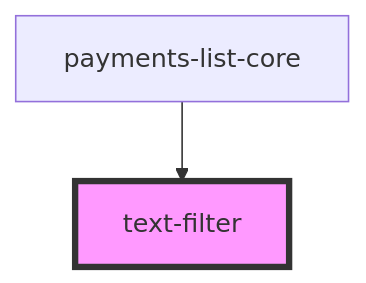
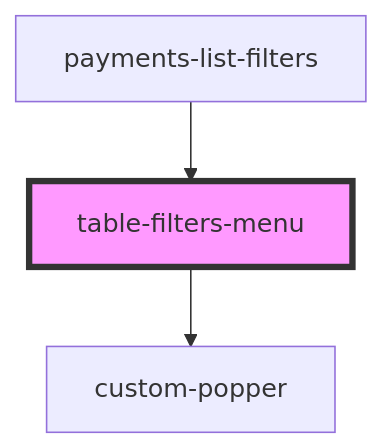
One commit to justifi-tech/web-component-library changed the diagram in packages/webcomponents/src/ui-components/filters/readme.md. Above: the diagram before and after it, drawn with Mermaid. The commit also changed other lines of this file and 13 other files, not shown here.

Commit message:
Delete filter input components, replace with form-control-inputs. Create payments-list-filters component

````diff
--- a/packages/webcomponents/src/ui-components/filters/readme.md
+++ b/packages/webcomponents/src/ui-components/filters/readme.md
@@ -40,5 +27,6 @@
 ```mermaid
 graph TD;
-  payments-list-core --> text-filter
-  style text-filter fill:#f9f,stroke:#333,stroke-width:4px
+  table-filters-menu --> custom-popper
+  payments-list-filters --> table-filters-menu
+  style table-filters-menu fill:#f9f,stroke:#333,stroke-width:4px
 ```
````
